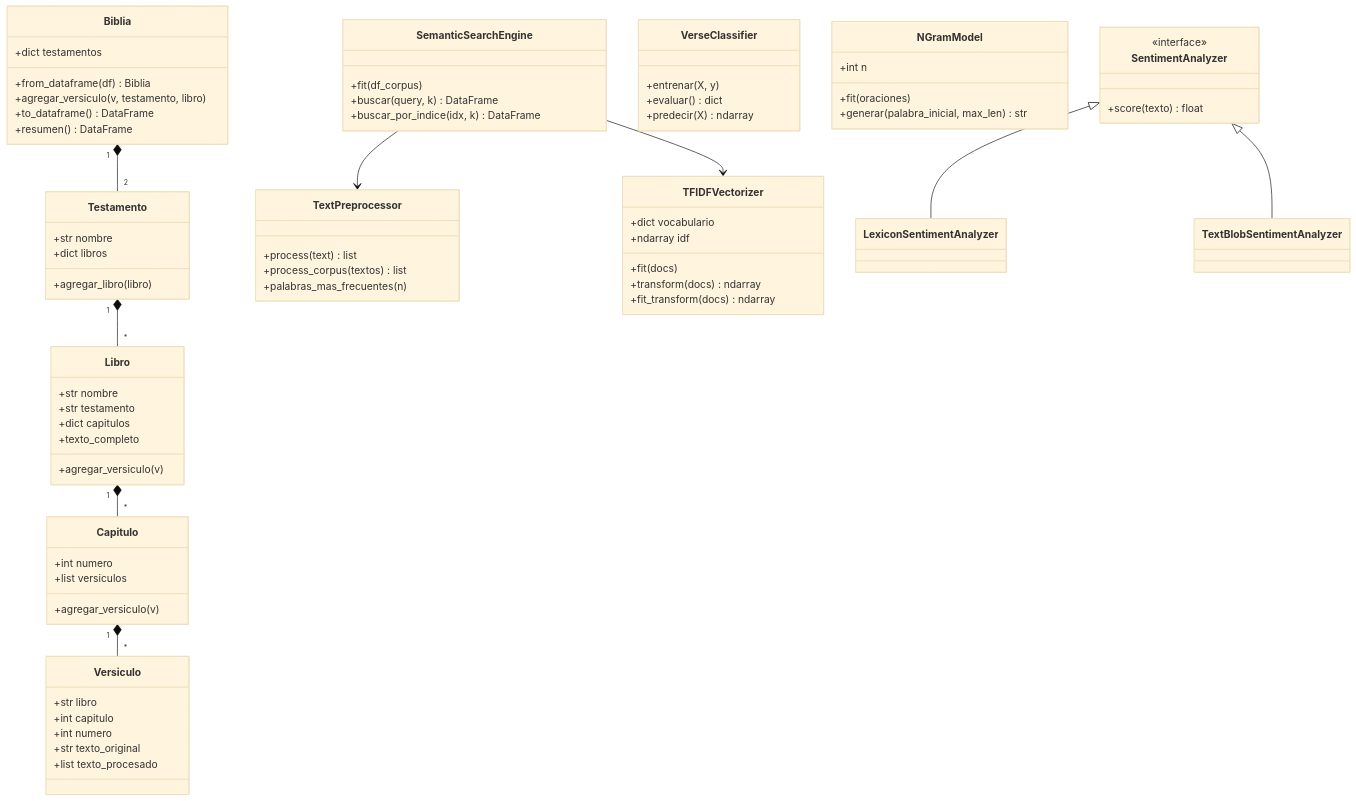
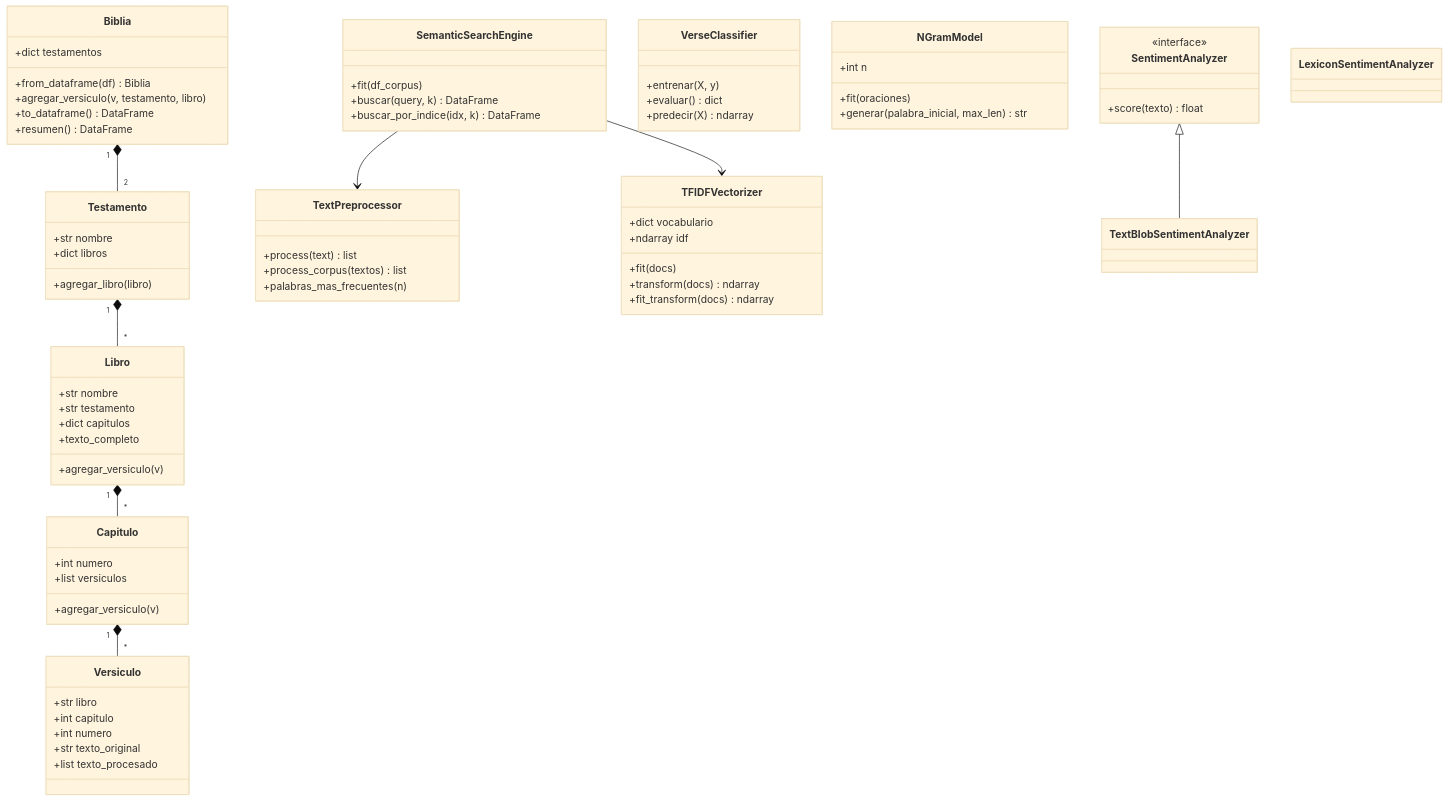
One commit to Fifthtaschenmesser4/Taller02-ProgCien changed the diagram in README.md. Above: the diagram before and after it, drawn with Mermaid (base theme). The commit also changed other lines of this file and 1 other file, not shown here.

````diff
--- a/README.md
+++ b/README.md
@@ -45,81 +58,80 @@
 ```mermaid
 classDiagram
     class Biblia {
         +dict testamentos
         +from_dataframe(df) Biblia
         +agregar_versiculo(v, testamento, libro)
         +to_dataframe() DataFrame
         +resumen() DataFrame
     }
     class Testamento {
         +str nombre
         +dict libros
         +agregar_libro(libro)
     }
     class Libro {
         +str nombre
         +str testamento
         +dict capitulos
         +agregar_versiculo(v)
         +texto_completo
     }
     class Capitulo {
         +int numero
         +list versiculos
         +agregar_versiculo(v)
     }
     class Versiculo {
         +str libro
         +int capitulo
         +int numero
         +str texto_original
         +list texto_procesado
     }
     Biblia "1" *-- "2" Testamento
     Testamento "1" *-- "*" Libro
     Libro "1" *-- "*" Capitulo
     Capitulo "1" *-- "*" Versiculo
 
     class TextPreprocessor {
         +process(text) list
         +process_corpus(textos) list
         +palabras_mas_frecuentes(n)
     }
 
     class TFIDFVectorizer {
         +dict vocabulario
         +ndarray idf
         +fit(docs)
         +transform(docs) ndarray
         +fit_transform(docs) ndarray
     }
 
     class SemanticSearchEngine {
         +fit(df_corpus)
         +buscar(query, k) DataFrame
         +buscar_por_indice(idx, k) DataFrame
     }
     SemanticSearchEngine --> TFIDFVectorizer
     SemanticSearchEngine --> TextPreprocessor
 
     class VerseClassifier {
         +entrenar(X, y)
         +evaluar() dict
         +predecir(X) ndarray
     }
 
     class NGramModel {
         +int n
         +fit(oraciones)
         +generar(palabra_inicial, max_len) str
     }
 
     class SentimentAnalyzer {
         <<interface>>
         +score(texto) float
     }
     class LexiconSentimentAnalyzer
     class TextBlobSentimentAnalyzer
-    SentimentAnalyzer <|-- LexiconSentimentAnalyzer
     SentimentAnalyzer <|-- TextBlobSentimentAnalyzer
 ```
````
